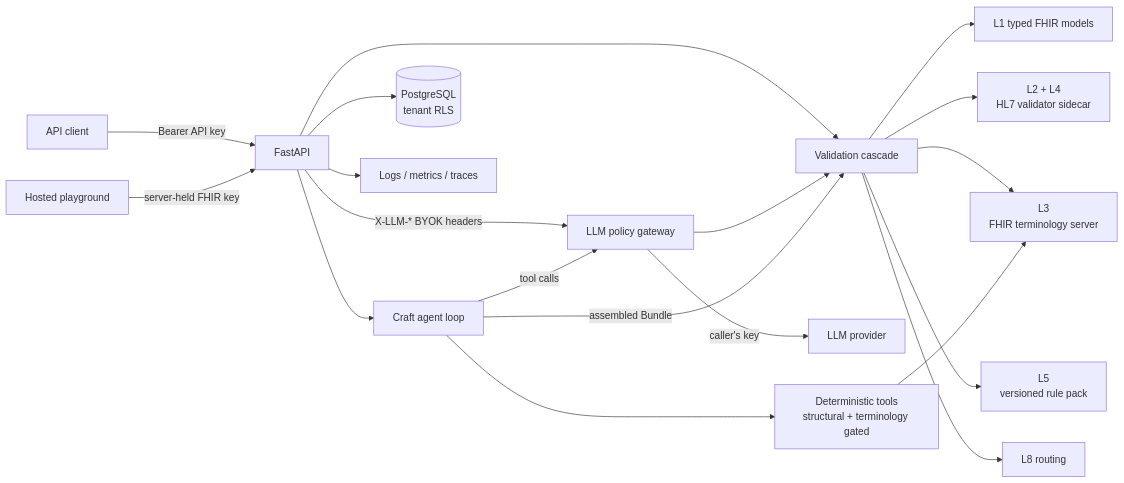
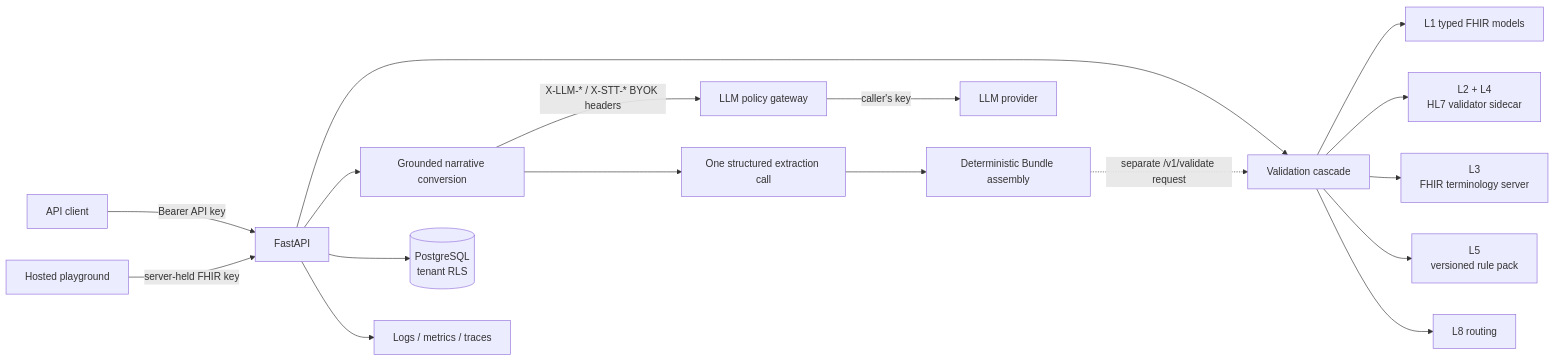
Before and after one commit to Safwanmahmoud/FHIR-At-Will: the diagram in README.md, drawn with Mermaid. The commit also changed other lines of this file and 2 other files, not shown here.

````diff
--- a/README.md
+++ b/README.md
@@ -100,25 +100,22 @@
 ```mermaid
 flowchart LR
     Client[API client] -->|Bearer API key| API[FastAPI]
     Playground[Hosted playground] -->|server-held FHIR key| API
 
     API --> Cascade[Validation cascade]
     Cascade --> Models[L1 typed FHIR models]
     Cascade --> Validator[L2 + L4<br>HL7 validator sidecar]
     Cascade --> Terminology[L3<br>FHIR terminology server]
     Cascade --> Rules[L5<br>versioned rule pack]
     Cascade --> Routing[L8 routing]
 
-    API -->|X-LLM-* BYOK headers| Gateway[LLM policy gateway]
+    API --> Convert[Grounded narrative conversion]
+    Convert -->|X-LLM-* / X-STT-* BYOK headers| Gateway[LLM policy gateway]
     Gateway -->|caller's key| Provider[LLM provider]
-    Gateway --> Cascade
-
-    API --> Agent[Craft agent loop]
-    Agent -->|tool calls| Gateway
-    Agent --> Tools[Deterministic tools<br>structural + terminology gated]
-    Tools --> Terminology
-    Agent -->|assembled Bundle| Cascade
+    Convert --> Extract[One structured extraction call]
+    Extract --> Assemble[Deterministic Bundle assembly]
+    Assemble -.->|separate /v1/validate request| Cascade
 
     API --> DB[(PostgreSQL<br>tenant RLS)]
     API --> Observability[Logs / metrics / traces]
 ```
````
